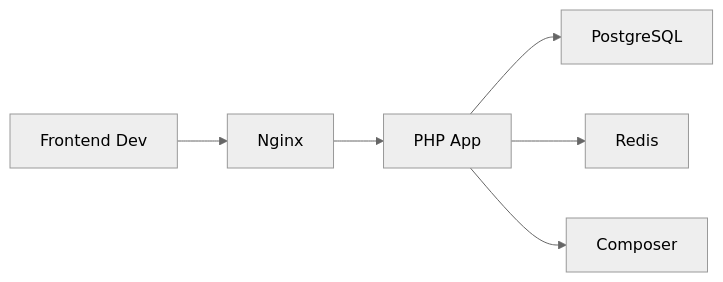
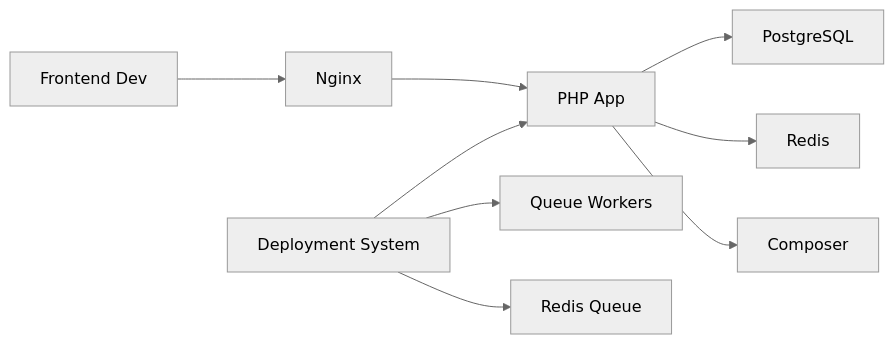
Before and after one commit to FCS-WP/website_portal: the third of 3 diagrams in .qoder/repowiki/en/content/Deployment & Operations/Deployment & Operations.md, drawn with Mermaid (neutral theme). The commit also changed other lines of this file and 89 other files, not shown here.

````diff
--- a/.qoder/repowiki/en/content/Deployment & Operations/Deployment & Operations.md
+++ b/.qoder/repowiki/en/content/Deployment & Operations/Deployment & Operations.md
@@ -253,8 +356,11 @@
 ```mermaid
 graph LR
 PHP["PHP App"] --> PG["PostgreSQL"]
 PHP --> RD["Redis"]
 PHP --> CM["Composer"]
 FE["Frontend Dev"] --> NG["Nginx"]
 NG --> PHP
+DEP["Deployment System"] --> PHP
+DEP --> QUEUE["Queue Workers"]
+DEP --> REDIS["Redis Queue"]
 ```
````
